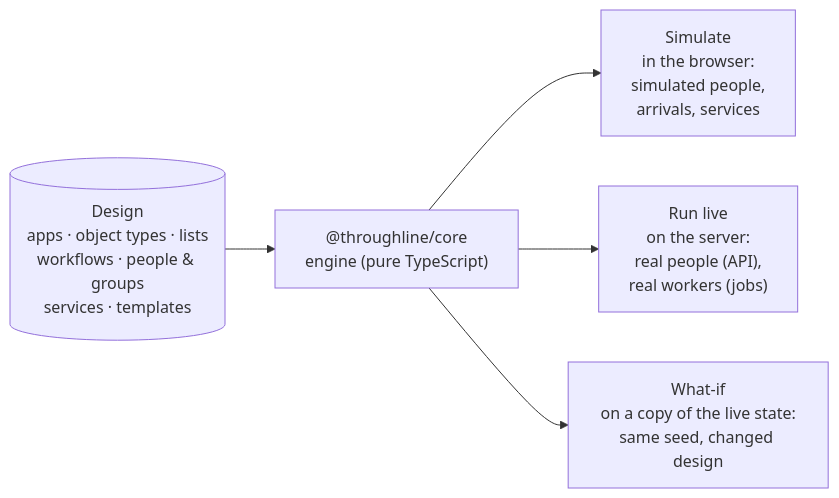
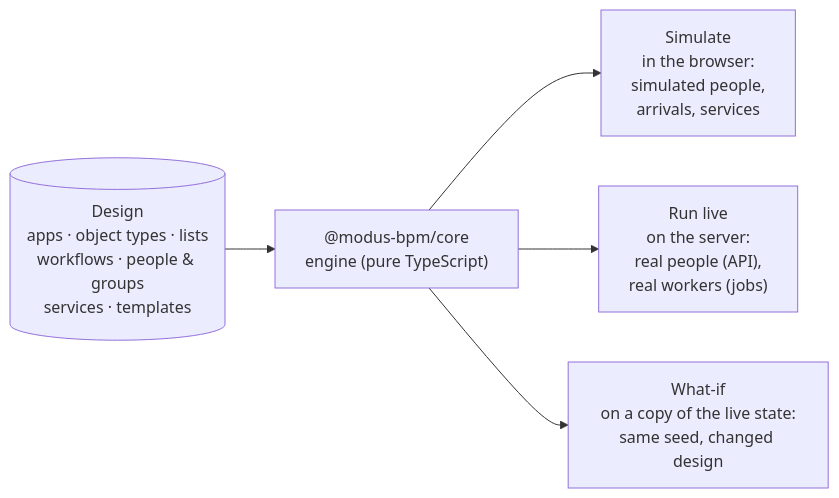
Before and after one commit to empowerment-ai/modus: the first of 5 diagrams in docs/ARCHITECTURE.md, drawn with Mermaid. The commit also changed other lines of this file and 124 other files, not shown here.

````diff
--- a/docs/ARCHITECTURE.md
+++ b/docs/ARCHITECTURE.md
@@ -7,9 +7,9 @@
 ```mermaid
 flowchart LR
   D[("Design<br/>apps · object types · lists<br/>workflows · people & groups<br/>services · templates")]
-  K["@throughline/core<br/>engine (pure TypeScript)"]
+  K["@modus-bpm/core<br/>engine (pure TypeScript)"]
   D --> K
   K --> S["Simulate<br/>in the browser:<br/>simulated people,<br/>arrivals, services"]
   K --> L["Run live<br/>on the server:<br/>real people (API),<br/>real workers (jobs)"]
   K --> W["What-if<br/>on a copy of the live state:<br/>same seed, changed design"]
 ```
````
